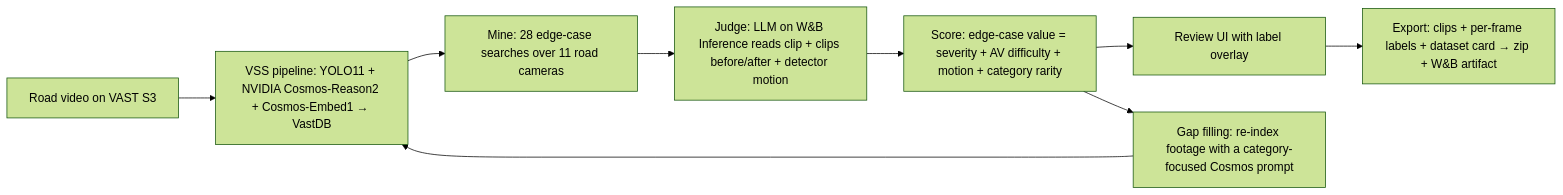
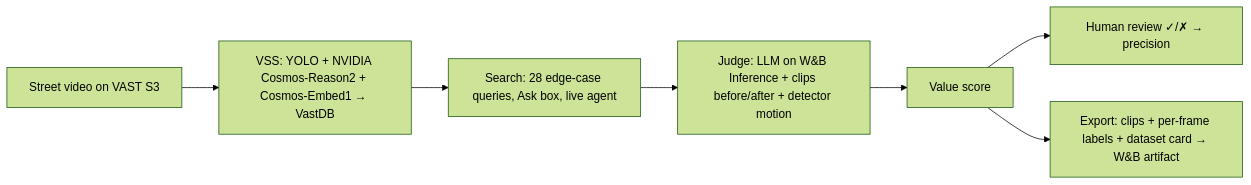
One commit to Baladog05/VideoHack changed the diagram in README.md. Above: the diagram before and after it, drawn with Mermaid (forest theme). The commit also changed other lines of this file and 19 other files, not shown here.

Commit message:
Haystack: white/yellow UI with navigation, live Ask the footage, live agent, human review + judge precision, Weave tracing, background export, repo cleanup

````diff
--- a/README.md
+++ b/README.md
@@ -13,11 +32,9 @@
 ```mermaid
 flowchart LR
-  A[Road video on VAST S3] --> B[VSS pipeline: YOLO11 + NVIDIA Cosmos-Reason2 + Cosmos-Embed1 → VastDB]
-  B --> C[Mine: 28 edge-case searches over 11 road cameras]
-  C --> D[Judge: LLM on W&B Inference reads clip + clips before/after + detector motion]
-  D --> E[Score: edge-case value = severity + AV difficulty + motion + category rarity]
-  E --> F[Review UI with label overlay]
-  F --> G[Export: clips + per-frame labels + dataset card → zip + W&B artifact]
-  E --> H[Gap filling: re-index footage with a category-focused Cosmos prompt]
-  H --> B
+  A[Street video on VAST S3] --> B[VSS: YOLO + NVIDIA Cosmos-Reason2 + Cosmos-Embed1 → VastDB]
+  B --> C[Search: 28 edge-case queries, Ask box, live agent]
+  C --> D[Judge: LLM on W&B Inference + clips before/after + detector motion]
+  D --> E[Value score]
+  E --> F[Human review ✓/✗ → precision]
+  E --> G[Export: clips + per-frame labels + dataset card → W&B artifact]
 ```
````
